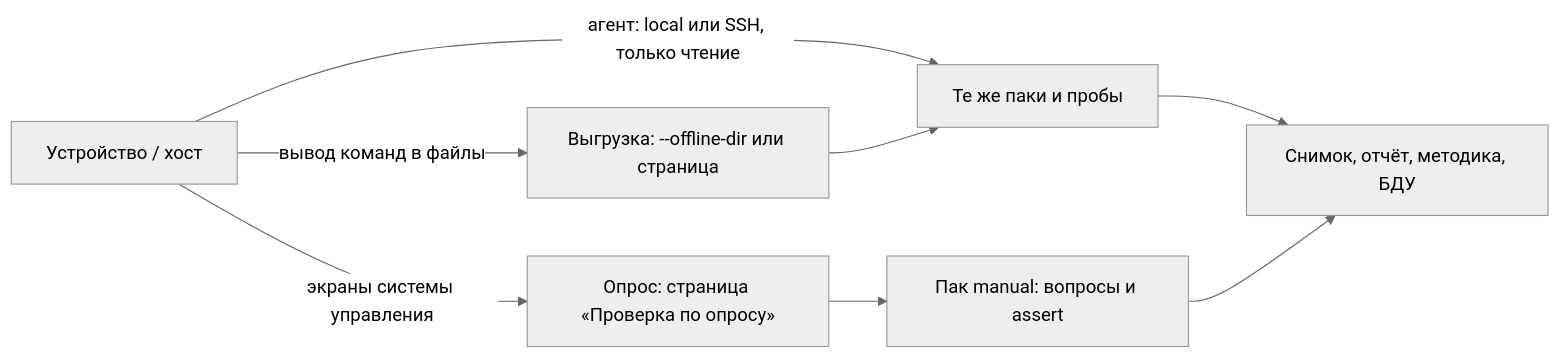
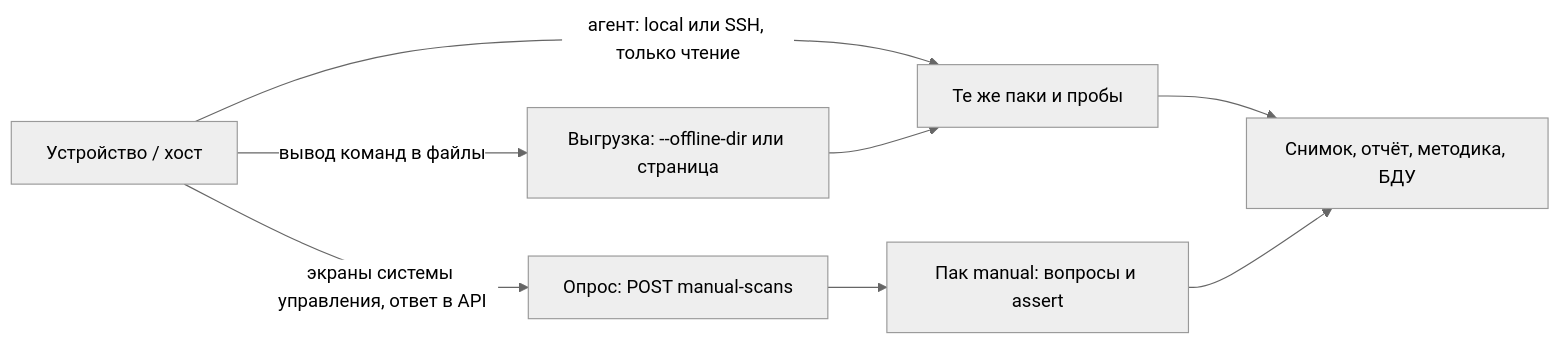
Before and after one commit to obryadov111/hardening: the fifth of 5 diagrams in docs/project-description.md, drawn with Mermaid (neutral theme). The commit also changed other lines of this file and 23 other files, not shown here.

First line of the commit message:
Убрать страницу «Проверка по опросу» из интерфейса (#23)

````diff
--- a/docs/project-description.md
+++ b/docs/project-description.md
@@ -830,9 +830,9 @@
 ```mermaid
 flowchart LR
     A[Устройство / хост] -->|агент: local или SSH, только чтение| E[Те же паки и пробы]
     A -->|вывод команд в файлы| X[Выгрузка: --offline-dir или страница]
-    A -->|экраны системы управления| Q[Опрос: страница «Проверка по опросу»]
+    A -->|экраны системы управления, ответ в API| Q[Опрос: POST manual-scans]
     X --> E
     E --> R[Снимок, отчёт, методика, БДУ]
     Q --> M[Пак manual: вопросы и assert] --> R
 ```
````
